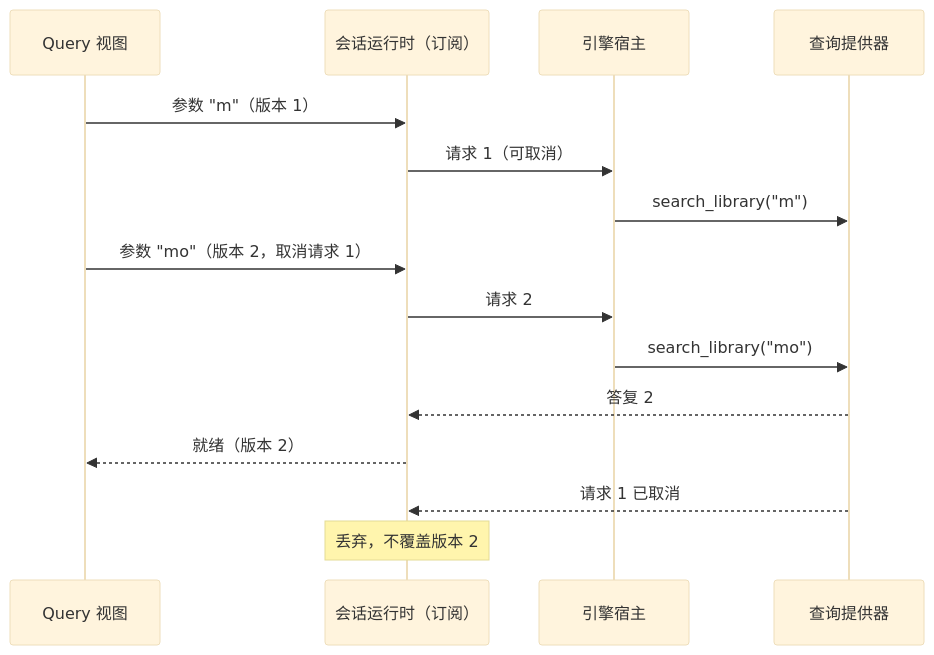
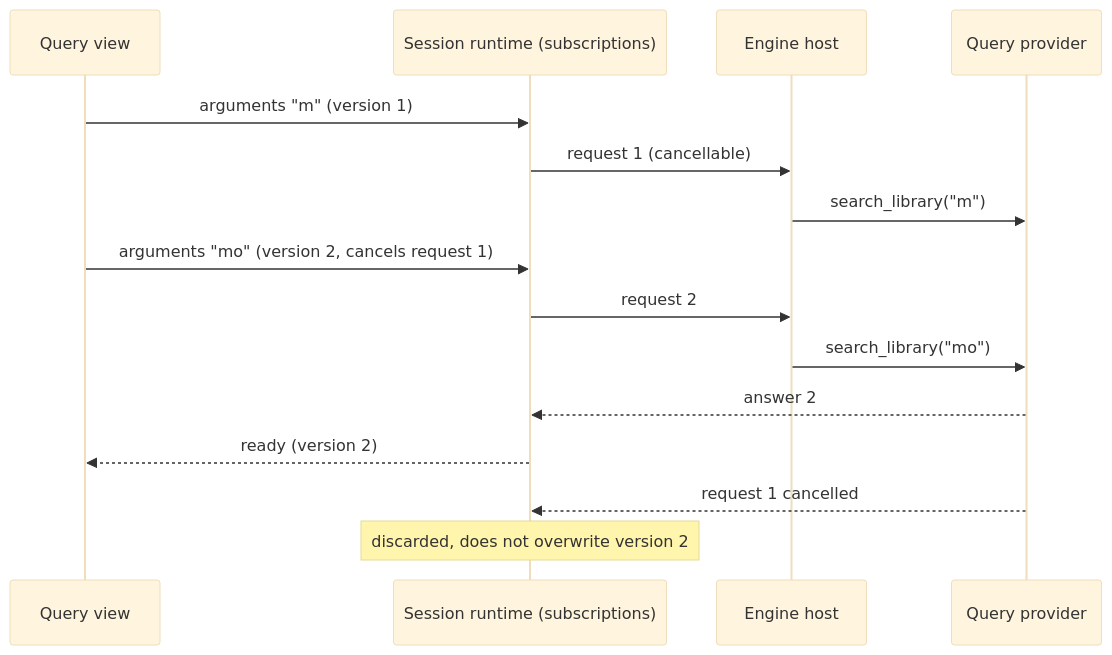
The third of 3 diagrams in Docs/Implementation/macOS-SwiftUI.md (AimesSoft/Bern), drawn with Mermaid (base theme) before and after one commit. The commit also changed other lines of this file and 59 other files, not shown here.

````diff
--- a/Docs/Implementation/macOS-SwiftUI.md
+++ b/Docs/Implementation/macOS-SwiftUI.md
@@ -317,17 +319,17 @@
 ```mermaid
 sequenceDiagram
-    participant V as Query 视图
-    participant R as 会话运行时（订阅）
-    participant H as 引擎宿主
-    participant P as 查询提供器
-    V->>R: 参数 "m"（版本 1）
-    R->>H: 请求 1（可取消）
+    participant V as Query view
+    participant R as Session runtime (subscriptions)
+    participant H as Engine host
+    participant P as Query provider
+    V->>R: arguments "m" (version 1)
+    R->>H: request 1 (cancellable)
     H->>P: search_library("m")
-    V->>R: 参数 "mo"（版本 2，取消请求 1）
-    R->>H: 请求 2
+    V->>R: arguments "mo" (version 2, cancels request 1)
+    R->>H: request 2
     H->>P: search_library("mo")
-    P-->>R: 答复 2
-    R-->>V: 就绪（版本 2）
-    P-->>R: 请求 1 已取消
-    Note over R: 丢弃，不覆盖版本 2
+    P-->>R: answer 2
+    R-->>V: ready (version 2)
+    P-->>R: request 1 cancelled
+    Note over R: discarded, does not overwrite version 2
 ```
````
